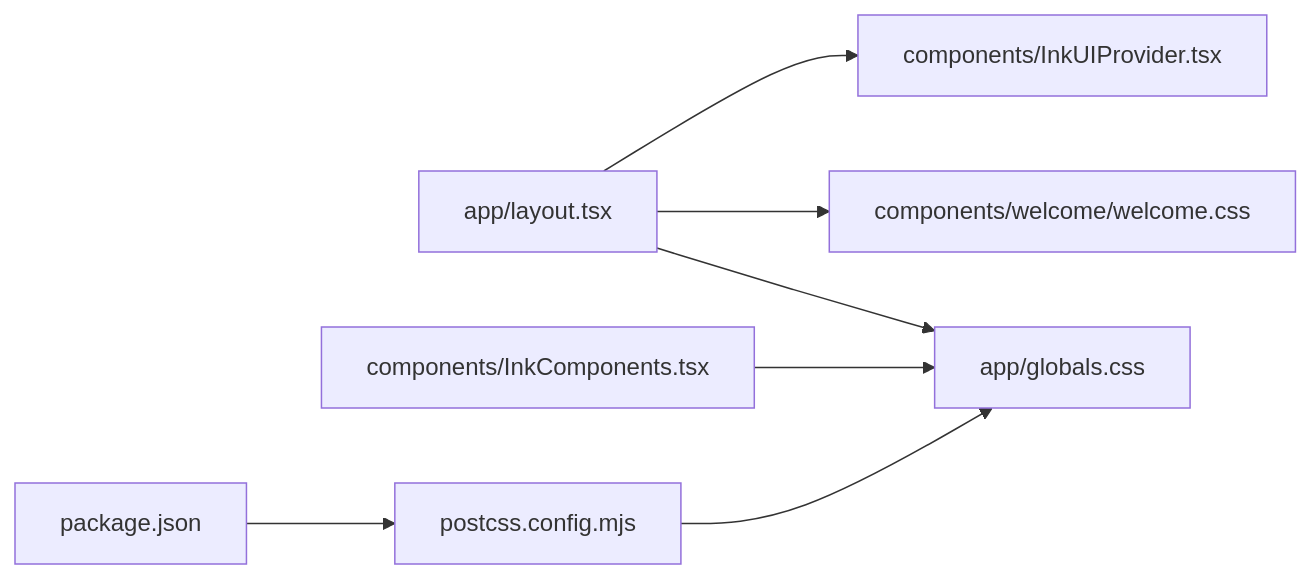
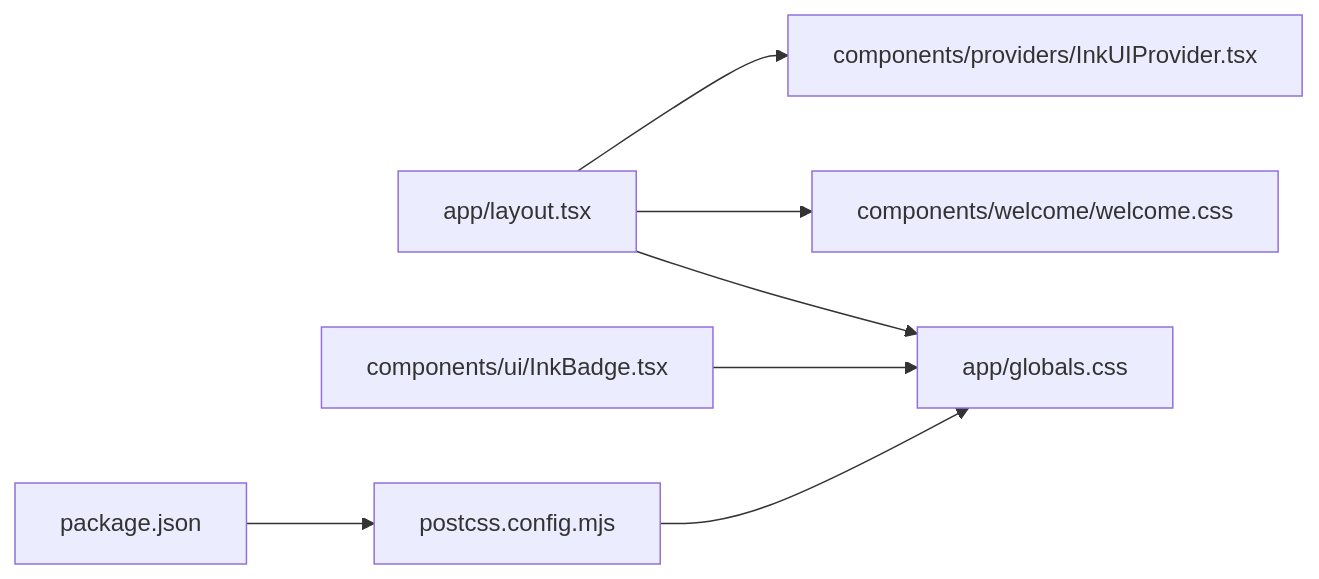
The fifth of 5 diagrams in .qoder/repowiki/zh/content/前端架构/样式规范.md (ChurchTao/Daoyou), drawn with Mermaid before and after one commit. The commit also changed other lines of this file and 14 other files, not shown here.

````diff
--- a/.qoder/repowiki/zh/content/前端架构/样式规范.md
+++ b/.qoder/repowiki/zh/content/前端架构/样式规范.md
@@ -300,9 +264,9 @@
 ```mermaid
 graph LR
 L["app/layout.tsx"] --> G["app/globals.css"]
 L --> W["components/welcome/welcome.css"]
-L --> P["components/InkUIProvider.tsx"]
-C["components/InkComponents.tsx"] --> G
+L --> P["components/providers/InkUIProvider.tsx"]
+C["components/ui/InkBadge.tsx"] --> G
 CFG["postcss.config.mjs"] --> G
 PKG["package.json"] --> CFG
 ```
````
